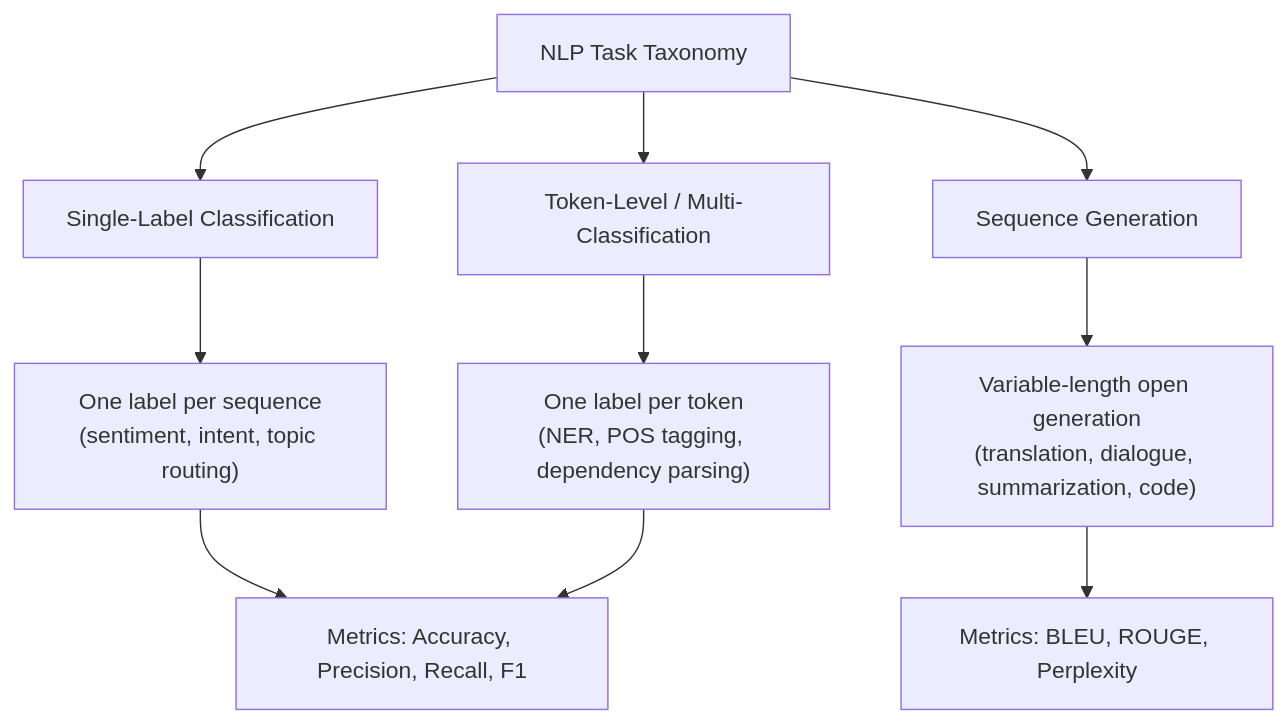
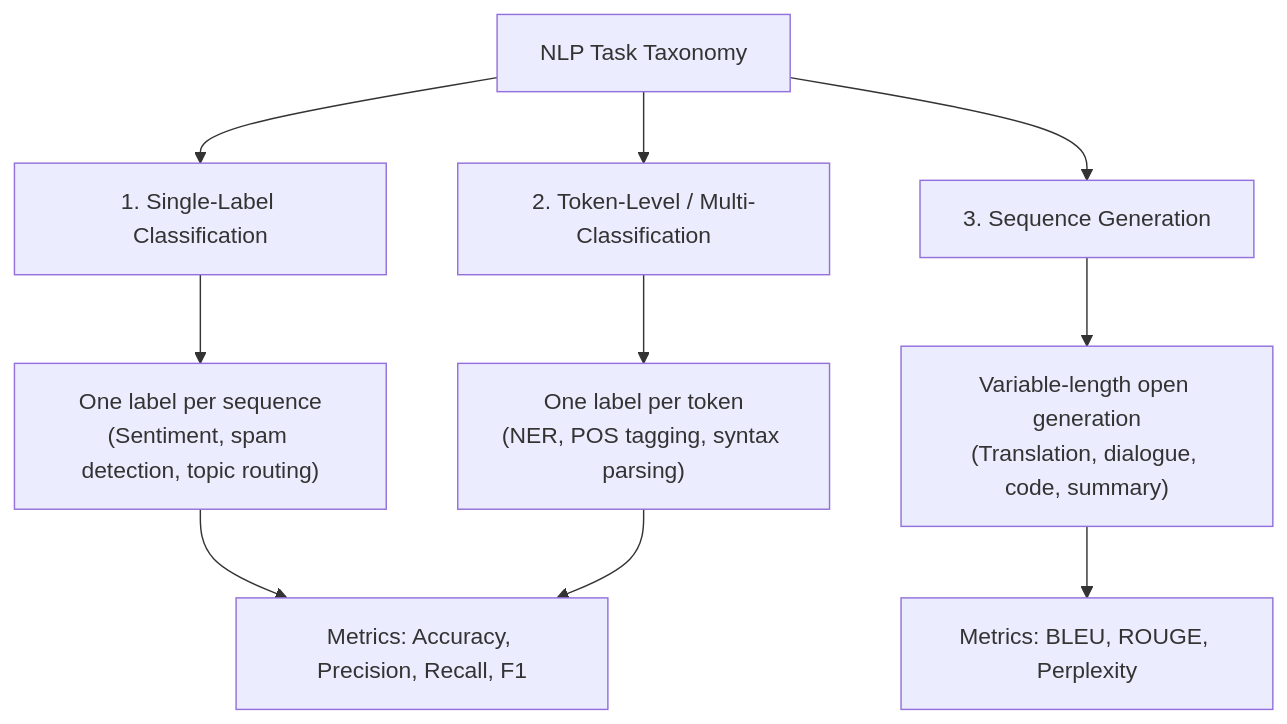
Before and after one commit to 1345AbhishekKumar/cs-cookbook: the first of 8 diagrams in content/docs/ai-agents/agentic-ai/01-transformer-architecture-foundations.mdx, drawn with Mermaid. The commit also changed other lines of this file and 299 other files, not shown here.

````diff
--- a/content/docs/ai-agents/agentic-ai/01-transformer-architecture-foundations.mdx
+++ b/content/docs/ai-agents/agentic-ai/01-transformer-architecture-foundations.mdx
@@ -30,14 +38,14 @@
 ```mermaid
 flowchart TD
-    NLP["NLP Task Taxonomy"] --> C1["Single-Label Classification"]
-    NLP --> C2["Token-Level / Multi-Classification"]
-    NLP --> C3["Sequence Generation"]
+    NLP["NLP Task Taxonomy"] --> C1["1. Single-Label Classification"]
+    NLP --> C2["2. Token-Level / Multi-Classification"]
+    NLP --> C3["3. Sequence Generation"]
 
-    C1 --> C1a["One label per sequence<br/>(sentiment, intent, topic routing)"]
-    C2 --> C2a["One label per token<br/>(NER, POS tagging, dependency parsing)"]
-    C3 --> C3a["Variable-length open generation<br/>(translation, dialogue, summarization, code)"]
+    C1 --> C1a["One label per sequence<br/>(Sentiment, spam detection, topic routing)"]
+    C2 --> C2a["One label per token<br/>(NER, POS tagging, syntax parsing)"]
+    C3 --> C3a["Variable-length open generation<br/>(Translation, dialogue, code, summary)"]
 
     C1a --> M1["Metrics: Accuracy, Precision, Recall, F1"]
     C2a --> M1
     C3a --> M2["Metrics: BLEU, ROUGE, Perplexity"]
 ```
````
